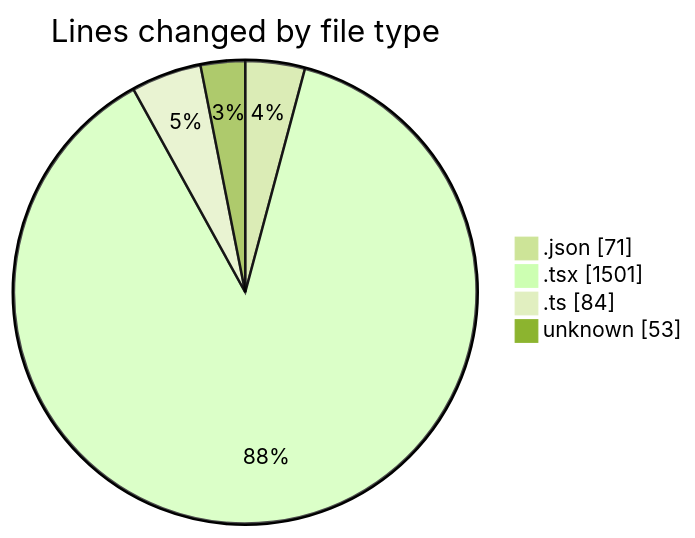
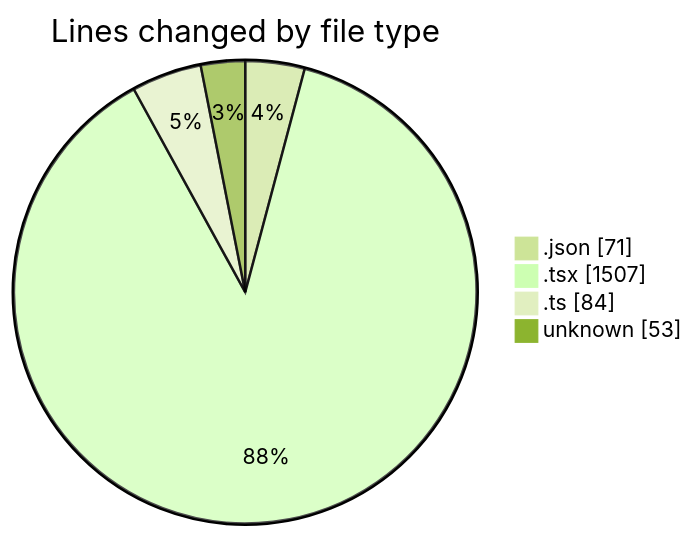
The first of 2 diagrams in 2026-01-29/cda/README.md (momahboobian/code-tracking), drawn with Mermaid (forest theme) before and after one commit. The commit also changed other lines of this file and 1 other file, not shown here.

````diff
--- a/2026-01-29/cda/README.md
+++ b/2026-01-29/cda/README.md
@@ -23,8 +23,8 @@
 ```mermaid
 pie showData
 title Lines changed by file type
 ".json" : 71
-".tsx" : 1501
+".tsx" : 1507
 ".ts" : 84
 "unknown" : 53
 ```
````
